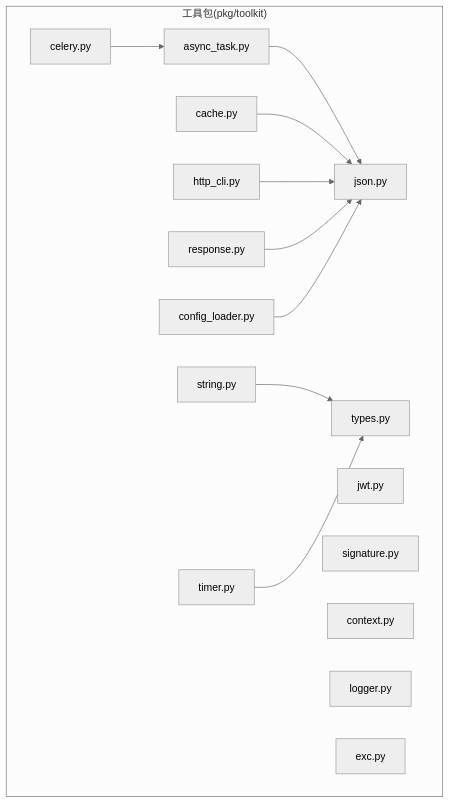
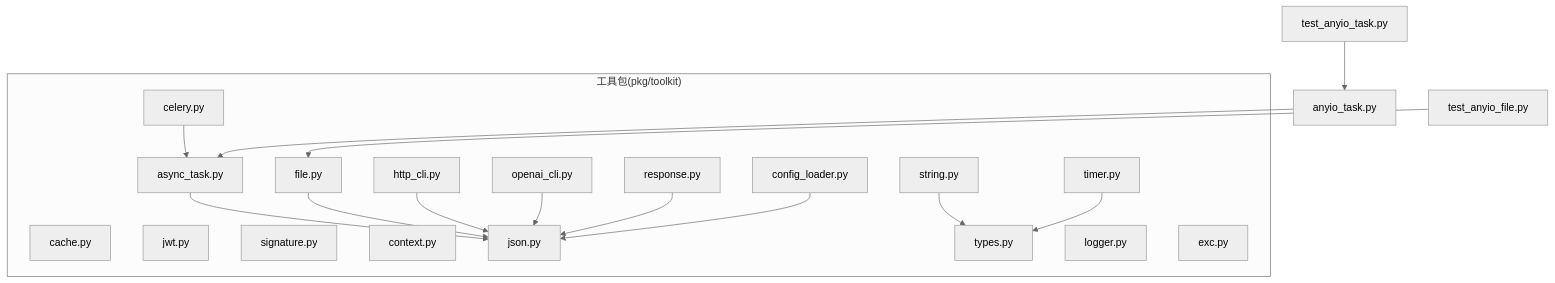
One commit to lilinzezzzzzz/fastapi-backend changed the first of 7 diagrams in .qoder/repowiki/zh/content/基础设施工具/通用工具包.md. Above: the diagram before and after it, drawn with Mermaid (neutral theme). The commit also changed other lines of this file and 38 other files, not shown here.

````diff
--- a/.qoder/repowiki/zh/content/基础设施工具/通用工具包.md
+++ b/.qoder/repowiki/zh/content/基础设施工具/通用工具包.md
@@ -55,28 +72,34 @@
 ```mermaid
 graph TB
 subgraph "工具包(pkg/toolkit)"
 A["async_task.py"]
-B["cache.py"]
+B["file.py"]
 C["http_cli.py"]
-D["jwt.py"]
-E["signature.py"]
-F["response.py"]
-G["config_loader.py"]
-H["context.py"]
-I["json.py"]
-J["string.py"]
-K["types.py"]
-L["timer.py"]
-M["celery.py"]
-N["logger.py"]
-O["exc.py"]
+D["openai_cli.py"]
+E["cache.py"]
+F["jwt.py"]
+G["signature.py"]
+H["response.py"]
+I["config_loader.py"]
+J["context.py"]
+K["json.py"]
+L["string.py"]
+M["types.py"]
+N["timer.py"]
+O["celery.py"]
+P["logger.py"]
+Q["exc.py"]
 end
-A --> I
-B --> I
-C --> I
-F --> I
-G --> I
-J --> K
-L --> K
-M --> A
+A --> K
+B --> K
+C --> K
+D --> K
+H --> K
+I --> K
+L --> M
+N --> M
+O --> A
+R["anyio_task.py"] --> A
+S["test_anyio_task.py"] --> R
+T["test_anyio_file.py"] --> B
 ```
````
